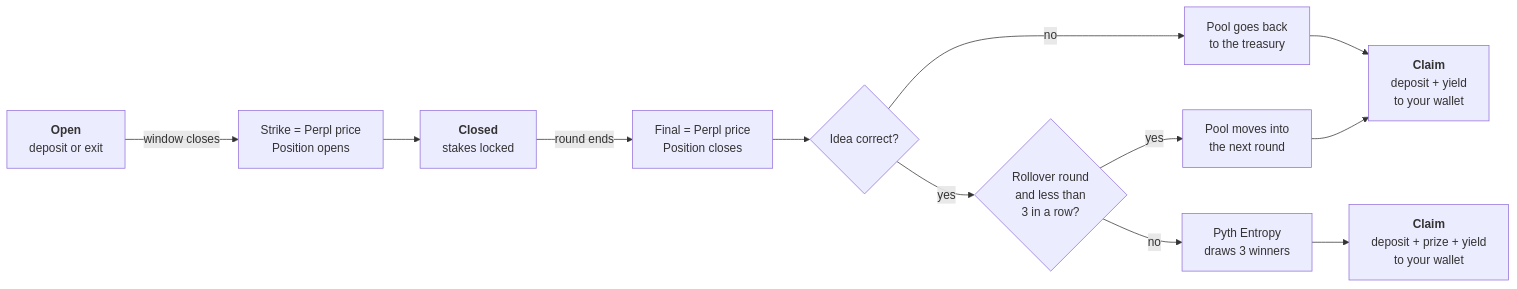
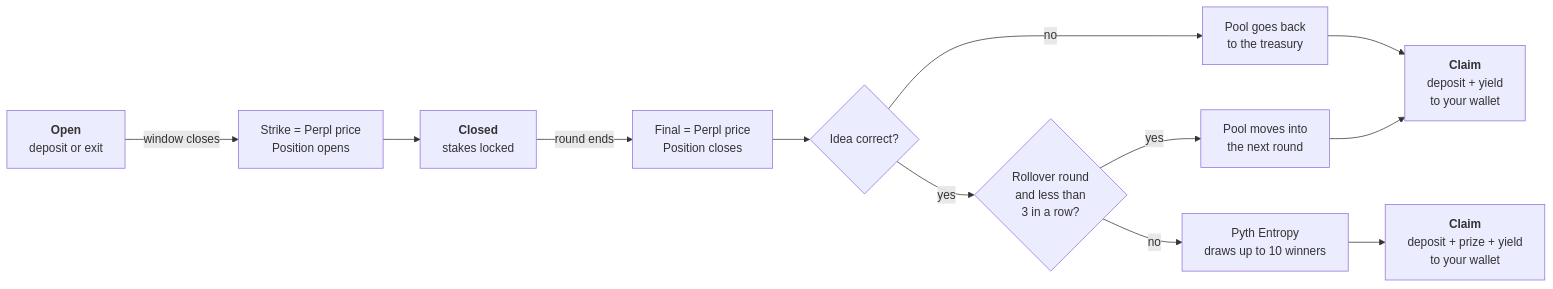
Before and after one commit to kovdanielgh/rounds: the second of 3 diagrams in README.md, drawn with Mermaid. The commit also changed other lines of this file and 12 other files, not shown here.

````diff
--- a/README.md
+++ b/README.md
@@ -51,14 +51,14 @@
 ```mermaid
 flowchart LR
     A["<b>Open</b><br/>deposit or exit"] -- "window closes" --> B["Strike = Perpl price<br/>Position opens"]
     B --> C["<b>Closed</b><br/>stakes locked"]
     C -- "round ends" --> D["Final = Perpl price<br/>Position closes"]
     D --> Q{"Idea correct?"}
     Q -- "yes" --> R{"Rollover round<br/>and less than<br/>3 in a row?"}
     R -- "yes" --> N["Pool moves into<br/>the next round"]
-    R -- "no" --> F["Pyth Entropy<br/>draws 3 winners"]
+    R -- "no" --> F["Pyth Entropy<br/>draws up to 10 winners"]
     N --> H2
     Q -- "no" --> G["Pool goes back<br/>to the treasury"]
     F --> H["<b>Claim</b><br/>deposit + prize + yield<br/>to your wallet"]
     G --> H2["<b>Claim</b><br/>deposit + yield<br/>to your wallet"]
 ```
````
